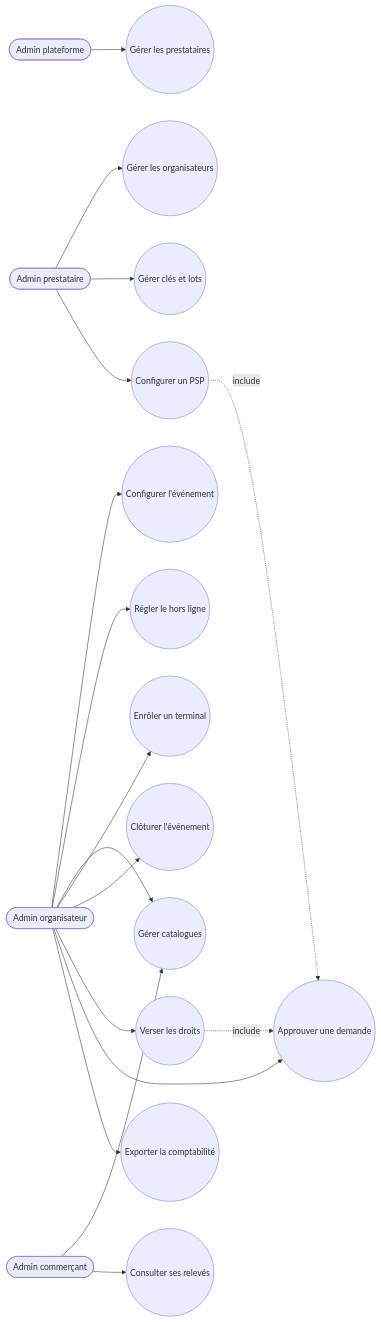
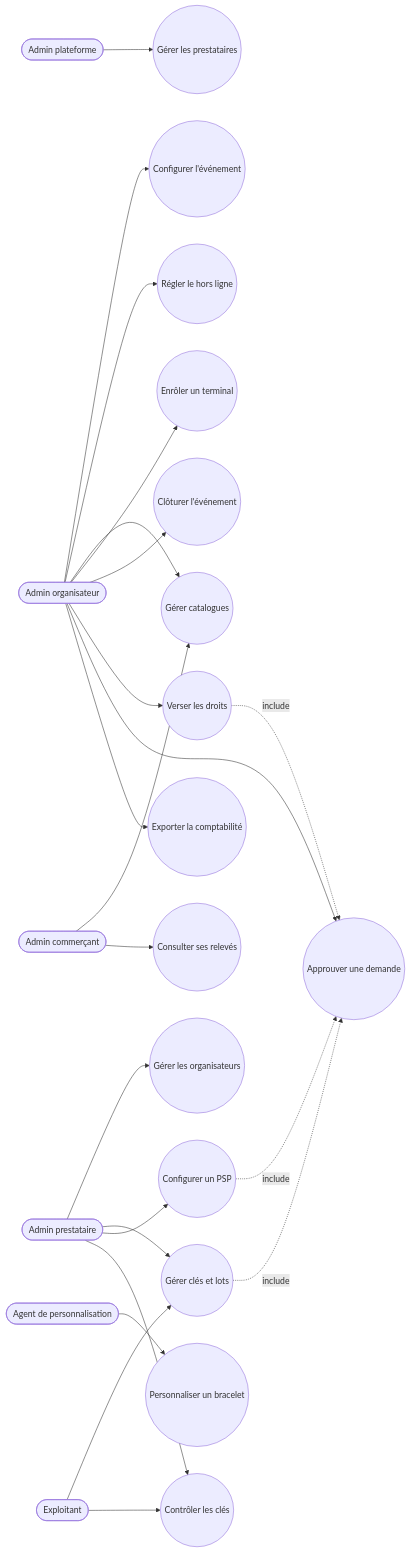
One commit to atrona8/cashless-platform changed the second of 2 diagrams in docs/02-use-case-diagram.md. Above: the diagram before and after it, drawn with Mermaid. The commit also changed other lines of this file and 54 other files, not shown here.

````diff
--- a/docs/02-use-case-diagram.md
+++ b/docs/02-use-case-diagram.md
@@ -65,39 +81,48 @@
 ```mermaid
 flowchart LR
     Plat([Admin plateforme])
     Ope([Admin prestataire])
     Org([Admin organisateur])
     Mch([Admin commerçant])
+    Perso([Agent de personnalisation])
+    Expl([Exploitant])
 
     A1((Gérer les prestataires))
     A2((Gérer les organisateurs))
     A3((Gérer clés et lots))
     A4((Configurer un PSP))
     A5((Configurer l'événement))
     A6((Régler le hors ligne))
     A7((Gérer catalogues))
     A8((Enrôler un terminal))
     A9((Clôturer l'événement))
     A10((Verser les droits))
     A11((Approuver une demande))
     A12((Consulter ses relevés))
     A13((Exporter la comptabilité))
+    A14((Personnaliser un bracelet))
+    A15((Contrôler les clés))
 
     Plat --> A1
     Ope --> A2
     Ope --> A3
     Ope --> A4
     Org --> A5
     Org --> A6
     Org --> A7
     Org --> A8
     Org --> A9
     Org --> A10
     Org --> A11
     Org --> A13
     Mch --> A7
     Mch --> A12
+    Perso --> A14
+    Ope --> A15
+    Expl --> A3
+    Expl --> A15
 
     A10 -.include.-> A11
     A4 -.include.-> A11
+    A3 -.include.-> A11
 ```
````
